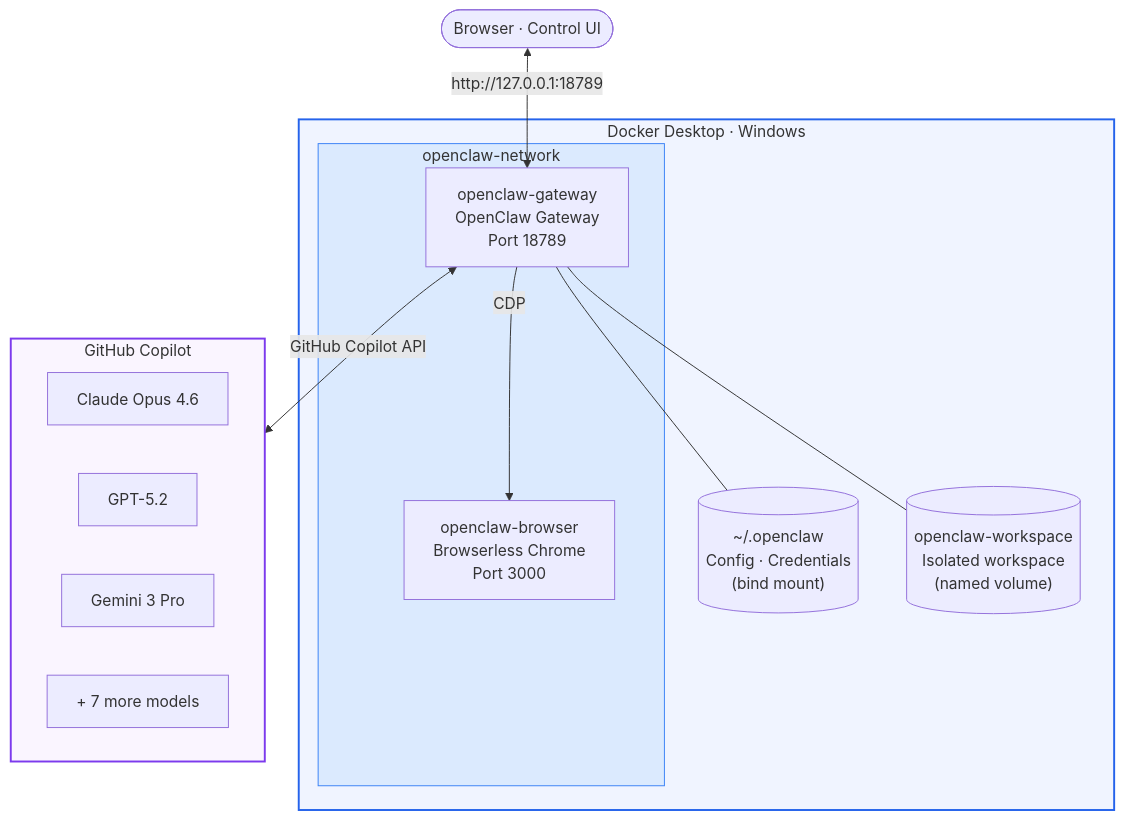
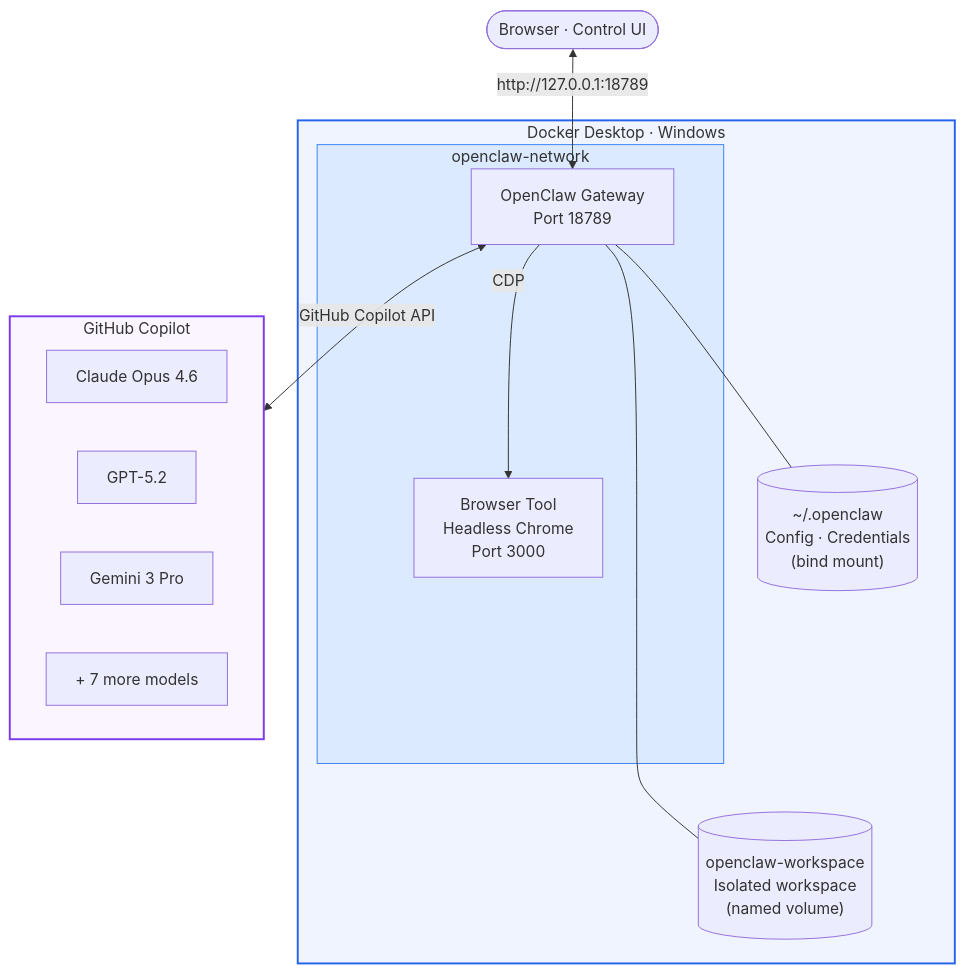
Before and after one commit to spiroskon/openclaw-secure-docker: the diagram in README.md, drawn with Mermaid. The commit also changed 1 other file, not shown here.

Commit message:
docs: simplify diagram labels, fix browser placement, regenerate PNG

````diff
--- a/README.md
+++ b/README.md
@@ -25,30 +25,31 @@
 ```mermaid
 flowchart TB
     ui(["Browser · Control UI"])
     ui <-->|"http://127.0.0.1:18789"| gw
 
     subgraph docker["Docker Desktop · Windows"]
         subgraph net["openclaw-network"]
-            gw["openclaw-gateway<br/>OpenClaw Gateway<br/>Port 18789"]
-            browser["openclaw-browser<br/>Browserless Chrome<br/>Port 3000"]
+            gw["OpenClaw Gateway<br/>Port 18789"]
+            browser["Browser Tool<br/>Headless Chrome<br/>Port 3000"]
+            gw -->|CDP| browser
         end
-        gw -->|CDP| browser
         bind[("~/.openclaw<br/>Config · Credentials<br/>(bind mount)")]
         vol[("openclaw-workspace<br/>Isolated workspace<br/>(named volume)")]
         gw --- bind
         gw --- vol
+        bind ~~~ vol
     end
-
-    gw <-->|"GitHub Copilot API"| copilot
 
     subgraph copilot["GitHub Copilot"]
         opus["Claude Opus 4.6"]
         gpt["GPT-5.2"]
         gem["Gemini 3 Pro"]
         more["+ 7 more models"]
     end
 
+    gw <-->|"GitHub Copilot API"| copilot
+
     style docker fill:#f0f4ff,stroke:#2563eb,stroke-width:2px
     style net fill:#dbeafe,stroke:#3b82f6,stroke-width:1px
     style copilot fill:#faf5ff,stroke:#7c3aed,stroke-width:2px
 ```
````
